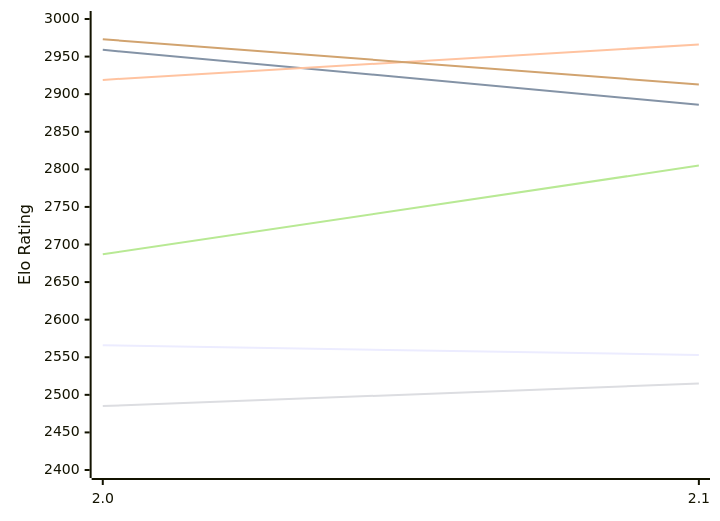
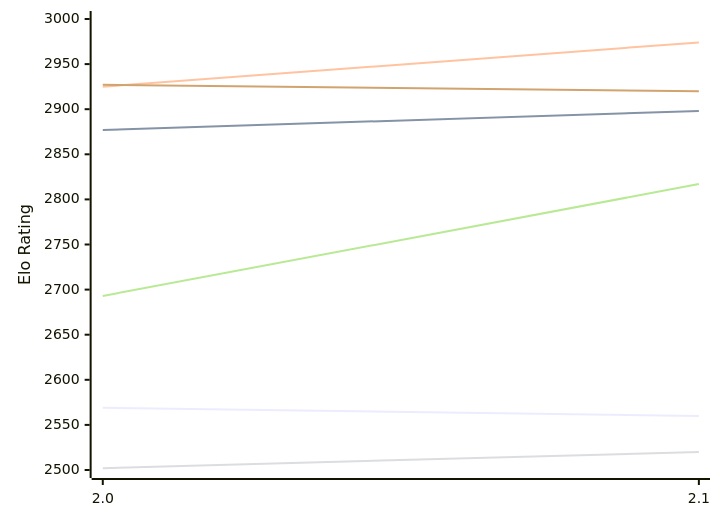
The first of 2 diagrams in engines/Noggin.md (computer-chess-index/cci), drawn with Mermaid before and after one commit. The commit also changed other lines of this file, not shown here.

Commit message:
Update CCI Ratings (ELO VLTC) - 2026-11-16

````diff
--- a/engines/Noggin.md
+++ b/engines/Noggin.md
@@ -50,12 +50,12 @@
 ```mermaid
 %%{init: {"theme":"base","themeVariables":{"seriesColors:['#a3a3a3','#222221','#faa371']}}}%%
 xychart-beta
   x-axis ["2.0", "2.1"]
-  y-axis "Elo Rating" 2400 --> 3000
-  line "E1: STC (8.0+0.08s)" [2566, 2553]
-  line "E1: LTC (60.0+0.60s)" [2959, 2886]
-  line "E1: VLTC (2m24s+1.12s)" [2919, 2966]
-  line "P1: STC (8.0+0.08s)" [2485, 2515]
-  line "P1: LTC (60.0+0.60s)" [2687, 2805]
-  line "P1: VLTC (2m24s+1.12s)" [2973, 2913]
+  y-axis "Elo Rating" 2500 --> 3000
+  line "E1: STC (8.0+0.08s)" [2569, 2560]
+  line "E1: LTC (60.0+0.60s)" [2877, 2898]
+  line "E1: VLTC (2m24s+1.12s)" [2925, 2974]
+  line "P1: STC (8.0+0.08s)" [2502, 2520]
+  line "P1: LTC (60.0+0.60s)" [2693, 2817]
+  line "P1: VLTC (2m24s+1.12s)" [2927, 2920]
 ```
````
